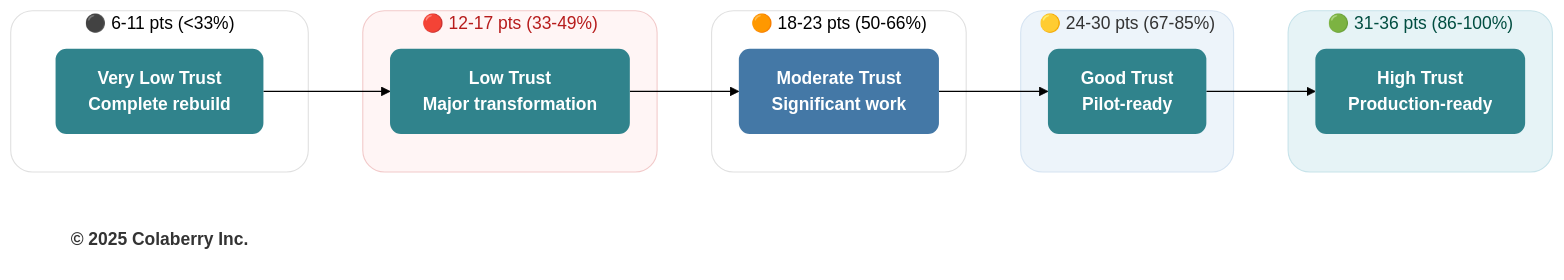
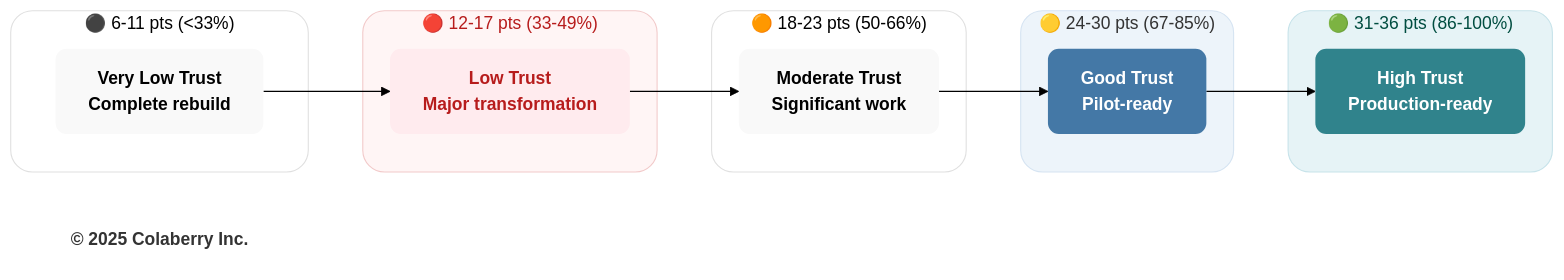
The diagram in mermaid-source/figure-9-3.mmd (saitejesh-cyber/trust-before-intelligence-book), drawn with Mermaid (forest theme) before and after one commit. The commit also changed 3 other files, not shown here.

Commit message:
Align figure-9-2/9-3 inner and outer semantic color families

```diff
--- a/mermaid-source/figure-9-3.mmd
+++ b/mermaid-source/figure-9-3.mmd
@@ -1,36 +1,36 @@
 graph LR
     subgraph VERYLOW["⚫ 6-11 pts (<33%)"]
         VL["<b>Very Low Trust</b><br/><b>Complete rebuild</b>"]
     end
     
     subgraph LOW["🔴 12-17 pts (33-49%)"]
         L["<b>Low Trust</b><br/><b>Major transformation</b>"]
     end
     
     subgraph MOD["🟠 18-23 pts (50-66%)"]
         M["<b>Moderate Trust</b><br/><b>Significant work</b>"]
     end
     
     subgraph GOOD["🟡 24-30 pts (67-85%)"]
         G["<b>Good Trust</b><br/><b>Pilot-ready</b>"]
     end
     
     subgraph HIGH["🟢 31-36 pts (86-100%)"]
         H["<b>High Trust</b><br/><b>Production-ready</b>"]
     end
     
     VL --> L --> M --> G --> H
     
     Copyright["<b>© 2025 Colaberry Inc.</b>"]
     
     style VERYLOW fill:#ffffff,stroke:#e0e0e0,stroke-width:1px,color:#000000,rx:20,ry:20
     style LOW fill:#fff5f5,stroke:#f2caca,stroke-width:1px,color:#b71c1c,rx:20,ry:20
     style MOD fill:#ffffff,stroke:#e0e0e0,stroke-width:1px,color:#000000,rx:20,ry:20
     style GOOD fill:#edf4fa,stroke:#d6e4f2,stroke-width:1px,color:#333333,rx:20,ry:20
     style HIGH fill:#e6f3f6,stroke:#c7e3ea,stroke-width:1px,color:#004d40,rx:20,ry:20
-    style VL fill:#30838C,stroke:none,color:#ffffff,rx:10,ry:10
-    style L fill:#30838C,stroke:none,color:#ffffff,rx:10,ry:10
-    style M fill:#4478A6,stroke:none,color:#ffffff,rx:10,ry:10
-    style G fill:#30838C,stroke:none,color:#ffffff,rx:10,ry:10
+    style VL fill:#f9f9f9,stroke:none,color:#000000,rx:10,ry:10
+    style L fill:#ffebee,stroke:none,color:#b71c1c,rx:10,ry:10
+    style M fill:#f9f9f9,stroke:none,color:#000000,rx:10,ry:10
+    style G fill:#4478A6,stroke:none,color:#ffffff,rx:10,ry:10
     style H fill:#30838C,stroke:none,color:#ffffff,rx:10,ry:10
     style Copyright fill:none,stroke:none,color:#333333
```
